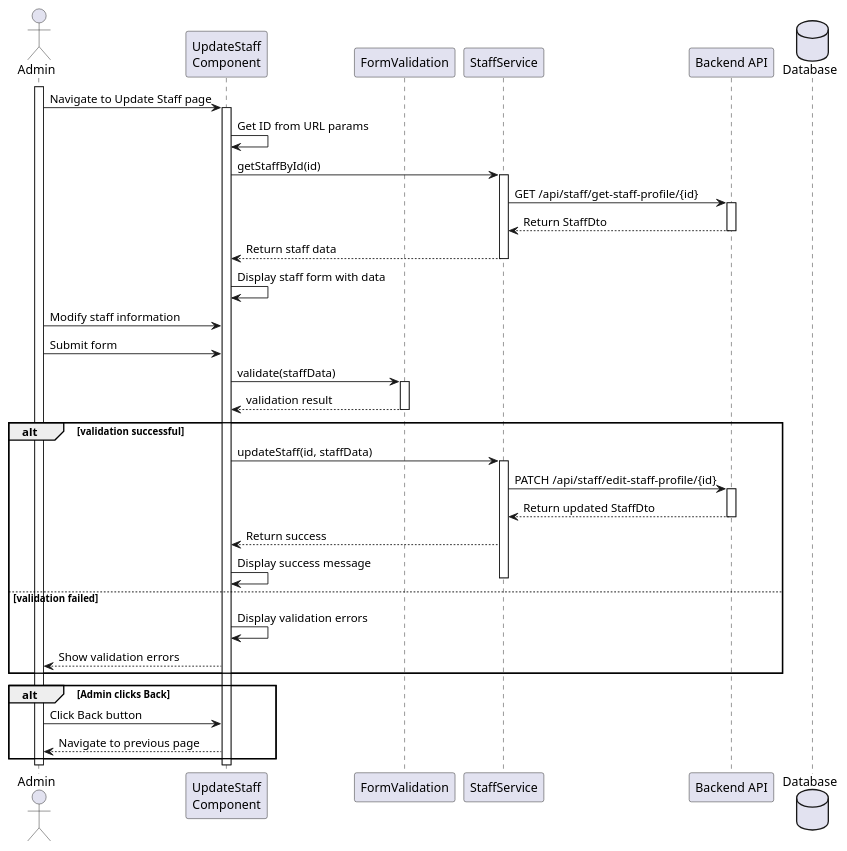
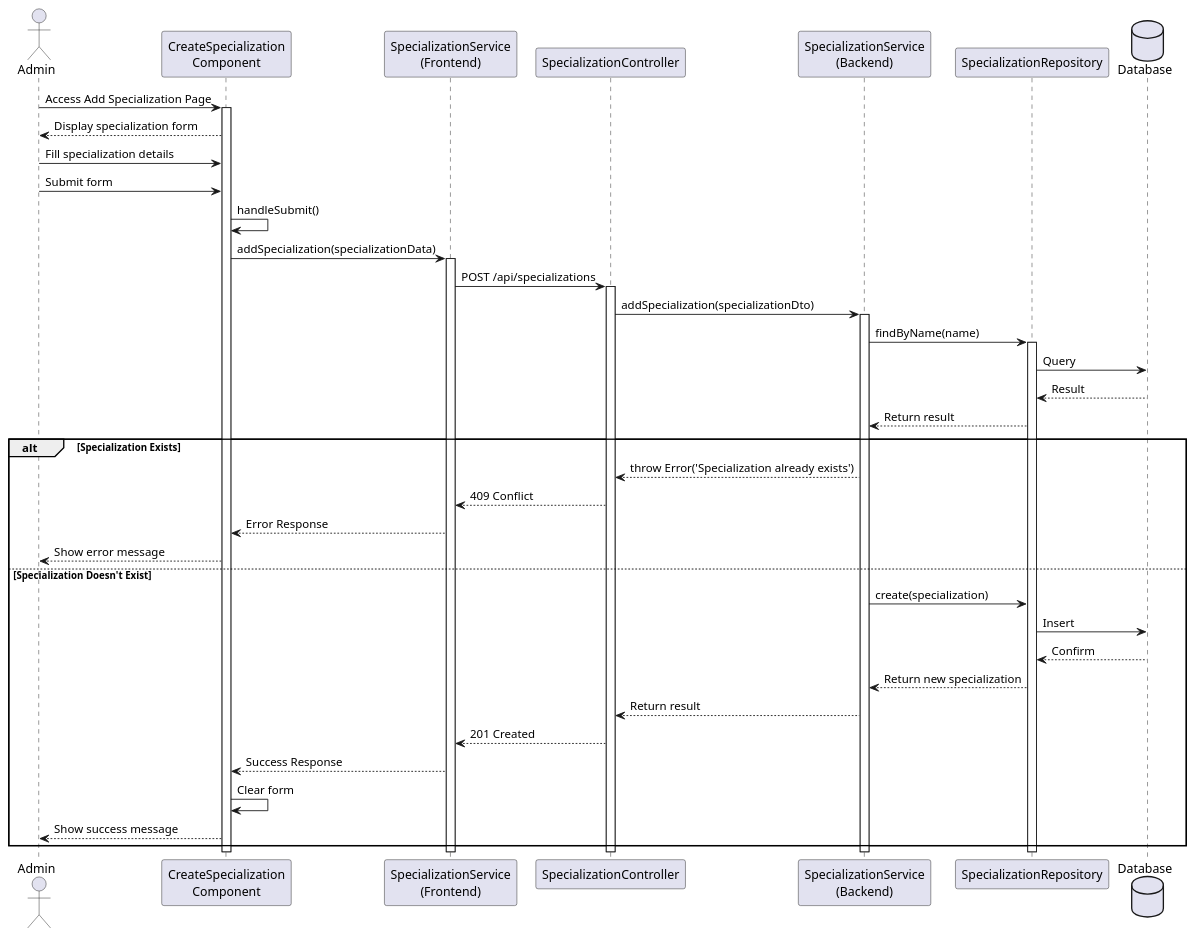
The diagram in docs/Sprint3/US 7.2.11/SD.puml (HugBar/3DC_G17), drawn with PlantUML before and after one commit. The commit also changed 3 other files, not shown here.

```diff
--- a/docs/Sprint3/US 7.2.11/SD.puml
+++ b/docs/Sprint3/US 7.2.11/SD.puml
@@ -1,55 +1,60 @@
-@startuml
+@startuml Add New Specialization Sequence Diagram
+
 actor Admin
-participant "UpdateStaff\nComponent" as UI
-participant "FormValidation" as FV
-participant "StaffService" as SS
-participant "Backend API" as API
-database "Database" as DB
+participant "CreateSpecialization\nComponent" as Frontend
+participant "SpecializationService\n(Frontend)" as FrontendService
+participant "SpecializationController" as Controller
+participant "SpecializationService\n(Backend)" as Service
+participant "SpecializationRepository" as Repository
+database Database
 
-activate Admin
-Admin -> UI: Navigate to Update Staff page
-activate UI
+' Initial Form Display
+Admin -> Frontend: Access Add Specialization Page
+activate Frontend
+Frontend --> Admin: Display specialization form
 
-UI -> UI: Get ID from URL params
-UI -> SS: getStaffById(id)
-activate SS
-SS -> API: GET /api/staff/get-staff-profile/{id}
-activate API
-API --> SS: Return StaffDto
-deactivate API
-SS --> UI: Return staff data
-deactivate SS
+' Form Submission Flow
+Admin -> Frontend: Fill specialization details
+Admin -> Frontend: Submit form
+Frontend -> Frontend: handleSubmit()
 
-UI -> UI: Display staff form with data
+Frontend -> FrontendService: addSpecialization(specializationData)
+activate FrontendService
 
-Admin -> UI: Modify staff information
-Admin -> UI: Submit form
+FrontendService -> Controller: POST /api/specializations
+activate Controller
 
-UI -> FV: validate(staffData)
-activate FV
-FV --> UI: validation result
-deactivate FV
+Controller -> Service: addSpecialization(specializationDto)
+activate Service
 
-alt validation successful
-    UI -> SS: updateStaff(id, staffData)
-    activate SS
-    SS -> API: PATCH /api/staff/edit-staff-profile/{id}
-    activate API
-    API --> SS: Return updated StaffDto
-    deactivate API
-    SS --> UI: Return success
-    UI -> UI: Display success message
-    deactivate SS
-else validation failed
-    UI -> UI: Display validation errors
-    UI --> Admin: Show validation errors
+' Check Existing
+Service -> Repository: findByName(name)
+activate Repository
+Repository -> Database: Query
+Database --> Repository: Result
+Repository --> Service: Return result
+
+alt Specialization Exists
+    Service --> Controller: throw Error('Specialization already exists')
+    Controller --> FrontendService: 409 Conflict
+    FrontendService --> Frontend: Error Response
+    Frontend --> Admin: Show error message
+else Specialization Doesn't Exist
+    Service -> Repository: create(specialization)
+    Repository -> Database: Insert
+    Database --> Repository: Confirm
+    Repository --> Service: Return new specialization
+    Service --> Controller: Return result
+    Controller --> FrontendService: 201 Created
+    FrontendService --> Frontend: Success Response
+    Frontend -> Frontend: Clear form
+    Frontend --> Admin: Show success message
 end
 
-alt Admin clicks Back
-    Admin -> UI: Click Back button
-    UI --> Admin: Navigate to previous page
-end
+deactivate Repository
+deactivate Service
+deactivate Controller
+deactivate FrontendService
+deactivate Frontend
 
-deactivate UI
-deactivate Admin
 @enduml
```
